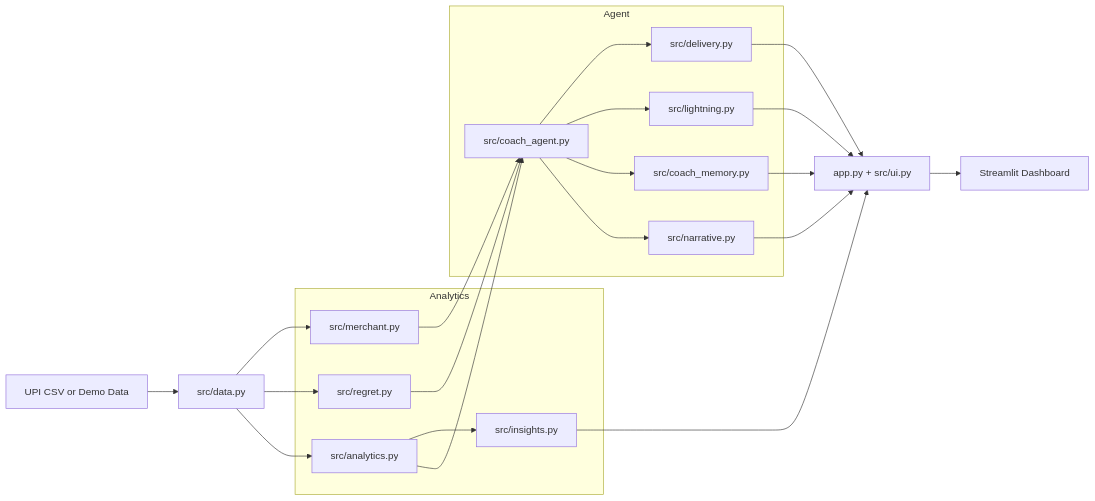
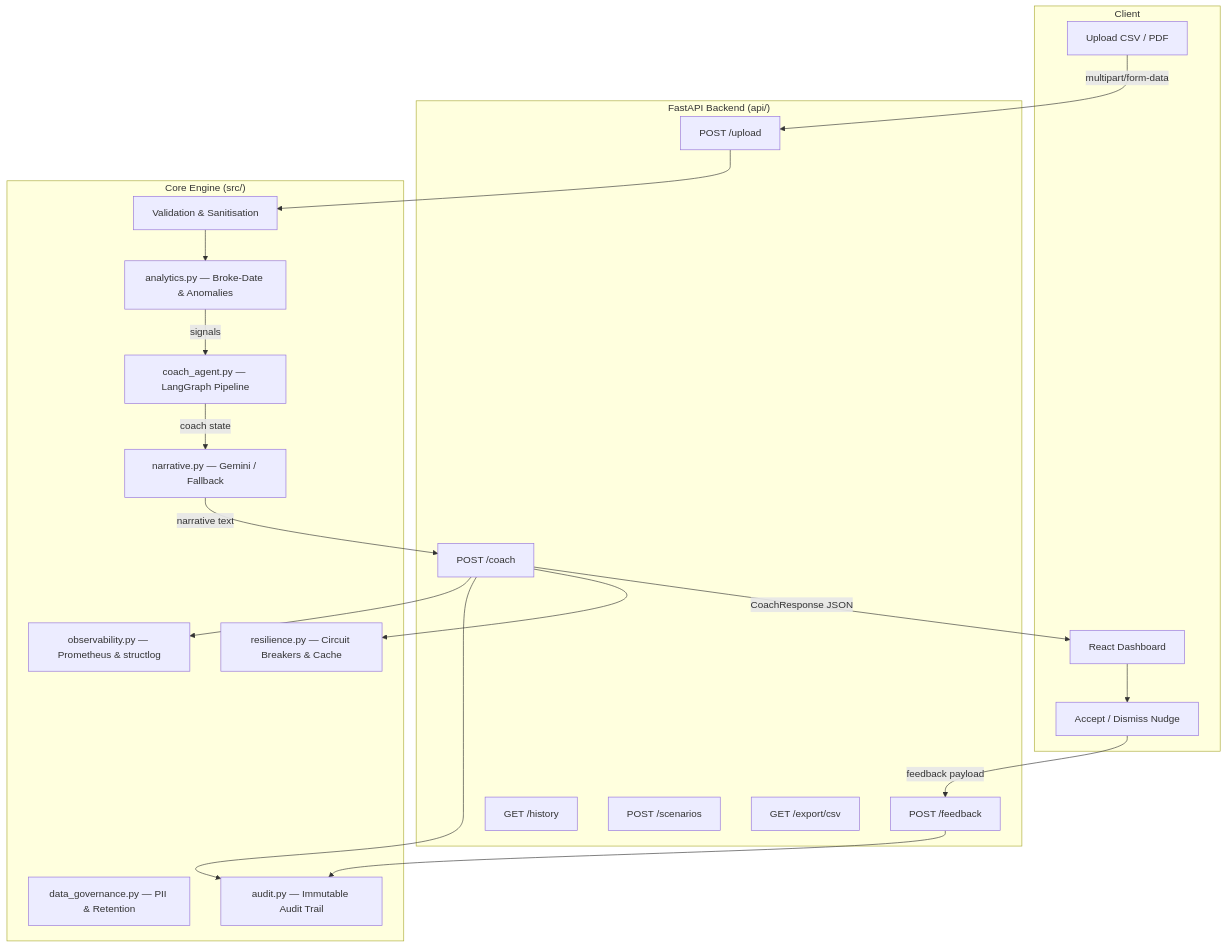
Before and after one commit to Yashaswini-V21/UPI-Mirror: the diagram in README.md, drawn with Mermaid. The commit also changed other lines of this file and 95 other files, not shown here.

````diff
--- a/README.md
+++ b/README.md
@@ -95,38 +75,40 @@
 ```mermaid
-flowchart LR
-    A[UPI CSV or Demo Data] --> B[src/data.py]
-
-    subgraph Analytics
-      C[src/analytics.py]
-      D[src/regret.py]
-      E[src/merchant.py]
-      F[src/insights.py]
+flowchart TD
+    subgraph Client
+        U[Upload CSV / PDF]
+        FE[React Dashboard]
+        FB[Accept / Dismiss Nudge]
     end
 
-    subgraph Agent
-      G[src/coach_agent.py]
-      H[src/narrative.py]
-      I[src/coach_memory.py]
-      J[src/lightning.py]
-      K[src/delivery.py]
+    subgraph API["FastAPI Backend (api/)"]
+        UP[POST /upload]
+        CO[POST /coach]
+        FBK[POST /feedback]
+        HI[GET /history]
+        SC[POST /scenarios]
+        EX[GET /export/csv]
     end
 
-    B --> C
-    B --> D
-    B --> E
-    C --> G
-    D --> G
-    E --> G
-    G --> H
-    G --> I
-    G --> J
-    G --> K
-    C --> F
+    subgraph Core["Core Engine (src/)"]
+        VA[Validation & Sanitisation]
+        AN[analytics.py — Broke-Date & Anomalies]
+        AG[coach_agent.py — LangGraph Pipeline]
+        NA[narrative.py — Gemini / Fallback]
+        RE[resilience.py — Circuit Breakers & Cache]
+        DG[data_governance.py — PII & Retention]
+        AU[audit.py — Immutable Audit Trail]
+        OB[observability.py — Prometheus & structlog]
+    end
 
-    L[app.py + src/ui.py] --> M[Streamlit Dashboard]
-    H --> L
-    I --> L
-    J --> L
-    K --> L
-    F --> L
+    U -->|multipart/form-data| UP
+    UP --> VA --> AN
+    AN -->|signals| AG
+    AG -->|coach state| NA
+    NA -->|narrative text| CO
+    CO -->|CoachResponse JSON| FE
+    FE --> FB -->|feedback payload| FBK
+    FBK --> AU
+    CO --> RE
+    CO --> AU
+    CO --> OB
 ```
````
